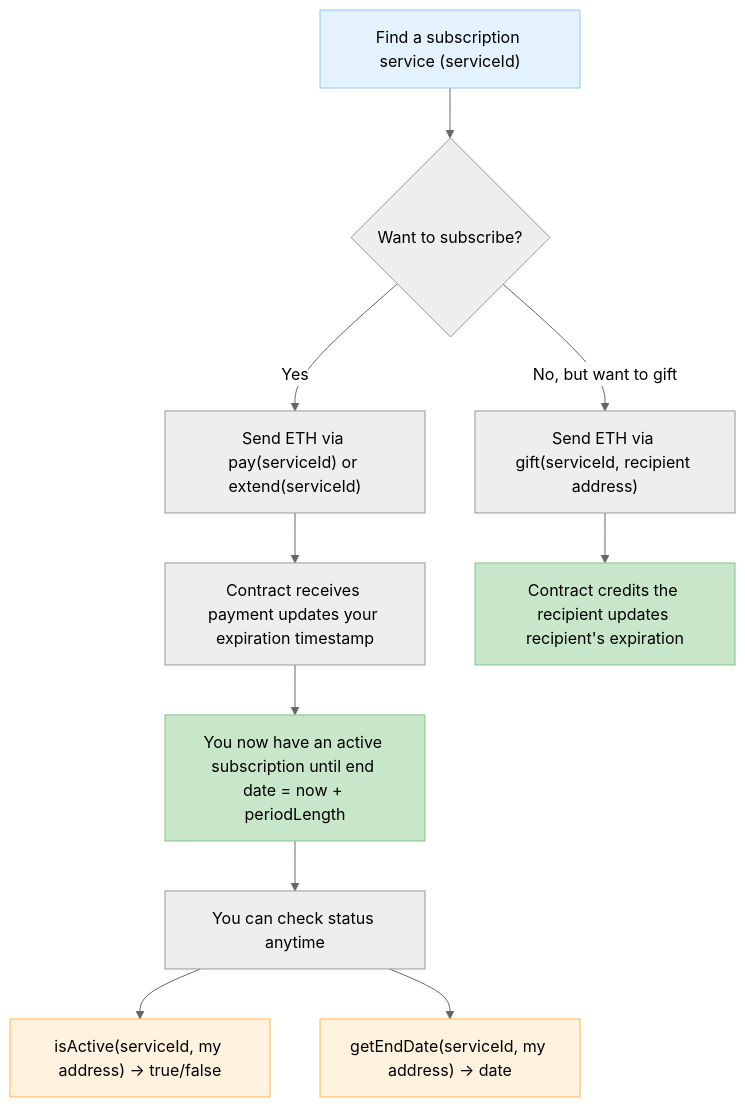
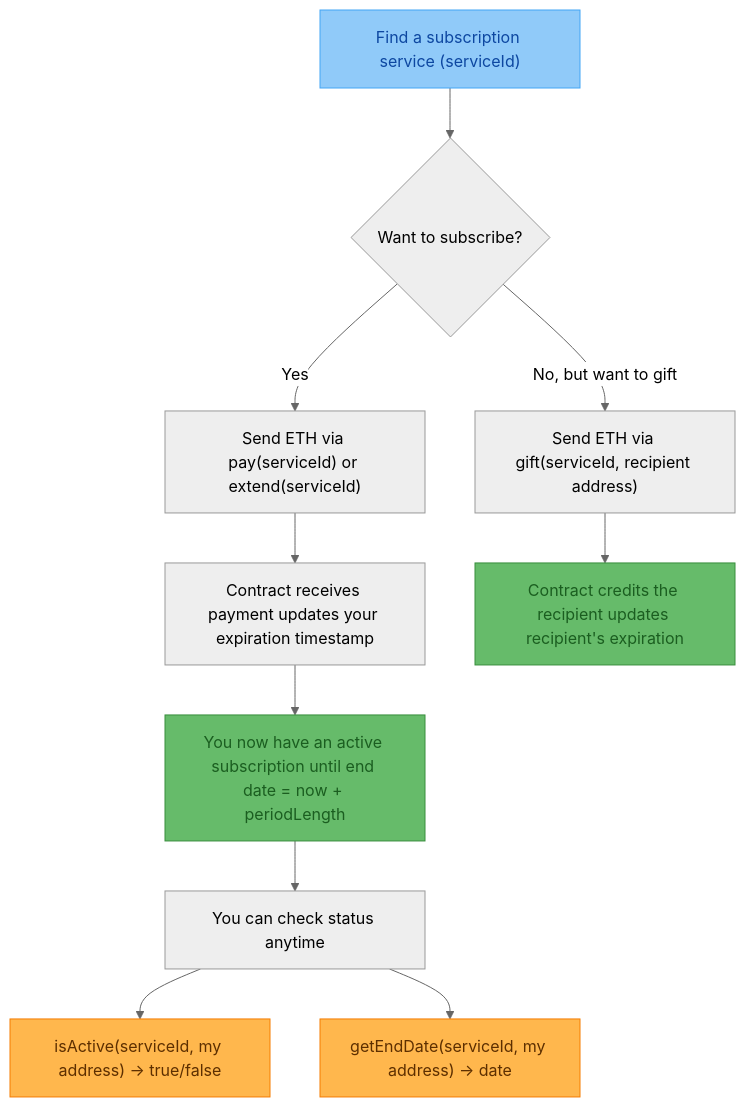
One commit to matterattetatte/evm-subscription-project changed the diagram in README.md. Above: the diagram before and after it, drawn with Mermaid (neutral theme).

Commit message:
Update styles in README diagram

````diff
--- a/README.md
+++ b/README.md
@@ -7,22 +7,22 @@
 ```mermaid
 flowchart TD
     A["Find a subscription service (serviceId)"] --> B{"Want to subscribe?"}
 
     B -->|Yes| C["Send ETH via pay(serviceId) or extend(serviceId)"]
     C --> D["Contract receives payment updates your expiration timestamp"]
 
     D --> E["You now have an active subscription until end date = now + periodLength"]
 
     B -->|No, but want to gift| F["Send ETH via gift(serviceId, recipient address)"]
     F --> G["Contract credits the recipient updates recipient's expiration"]
 
     E --> H["You can check status anytime"]
     H --> I["isActive(serviceId, my address) → true/false"]
     H --> J["getEndDate(serviceId, my address) → date"]
 
-    style A fill:#e3f2fd,stroke:#90caf9
-    style E fill:#c8e6c9,stroke:#81c784
-    style G fill:#c8e6c9,stroke:#81c784
-    style I fill:#fff3e0,stroke:#ffb74d
-    style J fill:#fff3e0,stroke:#ffb74d
+    style A fill:#90caf9,stroke:#42a5f5,color:#0d47a1
+    style E fill:#66bb6a,stroke:#388e3c,color:#1b5e20
+    style G fill:#66bb6a,stroke:#388e3c,color:#1b5e20
+    style I fill:#ffb74d,stroke:#f57c00,color:#5d2f00
+    style J fill:#ffb74d,stroke:#f57c00,color:#5d2f00
 ```
````
